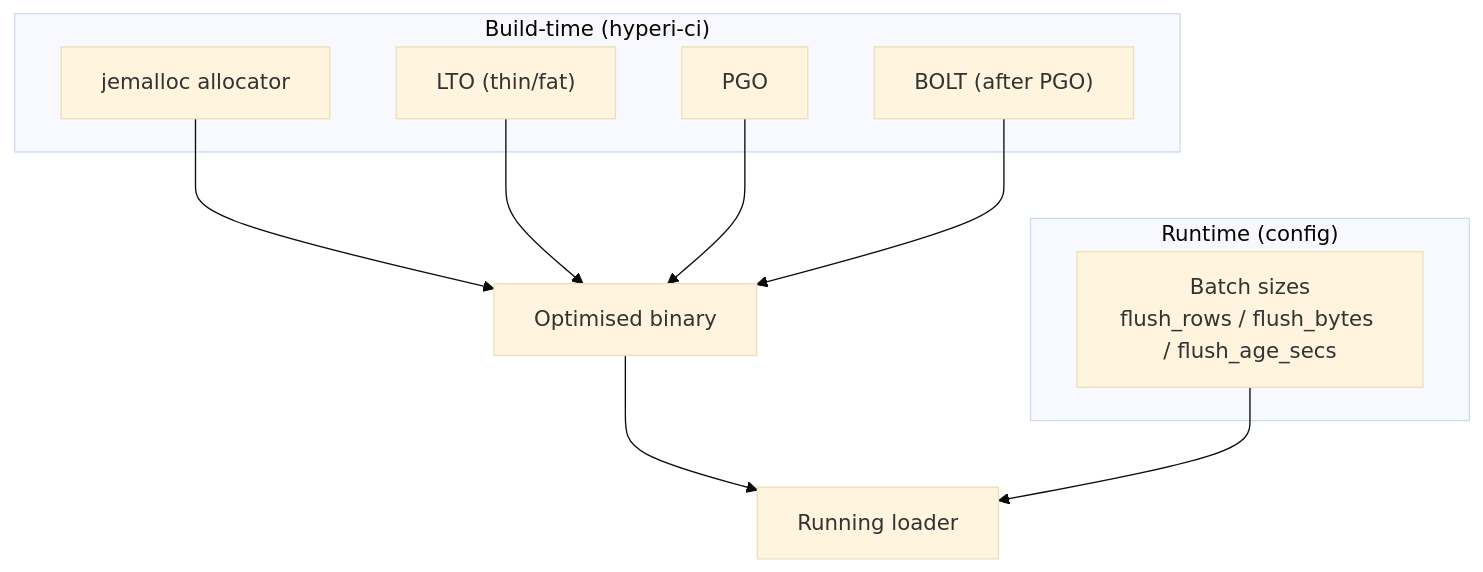
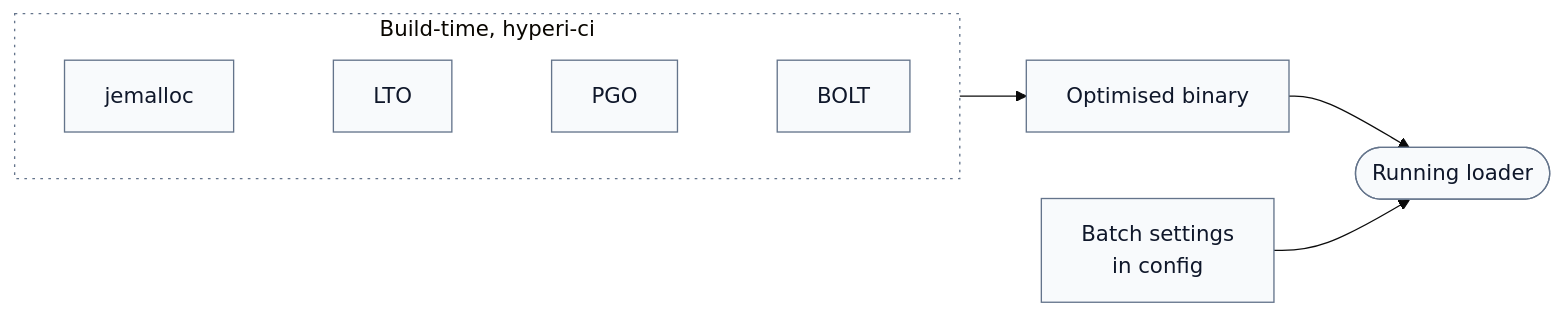
One commit to hyperi-io/dfe-loader changed the diagram in docs/performance/overview.md. Above: the diagram before and after it, drawn with Mermaid (base theme). The commit also changed other lines of this file and 33 other files, not shown here.

First line of the commit message:
docs(loader): fix Eleven claims and redraw diagrams

````diff
--- a/docs/performance/overview.md
+++ b/docs/performance/overview.md
@@ -15,16 +17,22 @@
 ```mermaid
-flowchart TB
-    subgraph Build["Build-time (hyperi-ci)"]
-        ALLOC["jemalloc allocator"]
-        LTO["LTO (thin/fat)"]
-        PGO["PGO"]
-        BOLT["BOLT (after PGO)"]
+flowchart LR
+    accTitle: L4 Detail -- Where performance is set
+    accDescr: hyperi-ci builds the binary with jemalloc, LTO, and on release PGO then BOLT. The batch flush settings in config tune the running loader.
+
+    subgraph build["Build-time, hyperi-ci"]
+        direction LR
+        jemalloc["jemalloc"] ~~~ lto["LTO"] ~~~ pgo["PGO"] ~~~ bolt["BOLT"]
     end
-    subgraph Runtime["Runtime (config)"]
-        BATCH["Batch sizes<br/>flush_rows / flush_bytes / flush_age_secs"]
-    end
-    BIN["Optimised binary"]
-    ALLOC & LTO & PGO & BOLT --> BIN
-    BIN --> RUN["Running loader"]
-    BATCH --> RUN
+
+    binary["Optimised binary"]
+    batch["Batch settings<br/>in config"]
+    loader(["Running loader"])
+
+    build --> binary
+    binary --> loader
+    batch --> loader
+
+    classDef default fill:#F8FAFC,stroke:#64748B,stroke-width:1px,color:#0F172A
+    classDef group fill:none,stroke:#64748B,stroke-width:1px,stroke-dasharray:2 4
+    class build group
 ```
````
